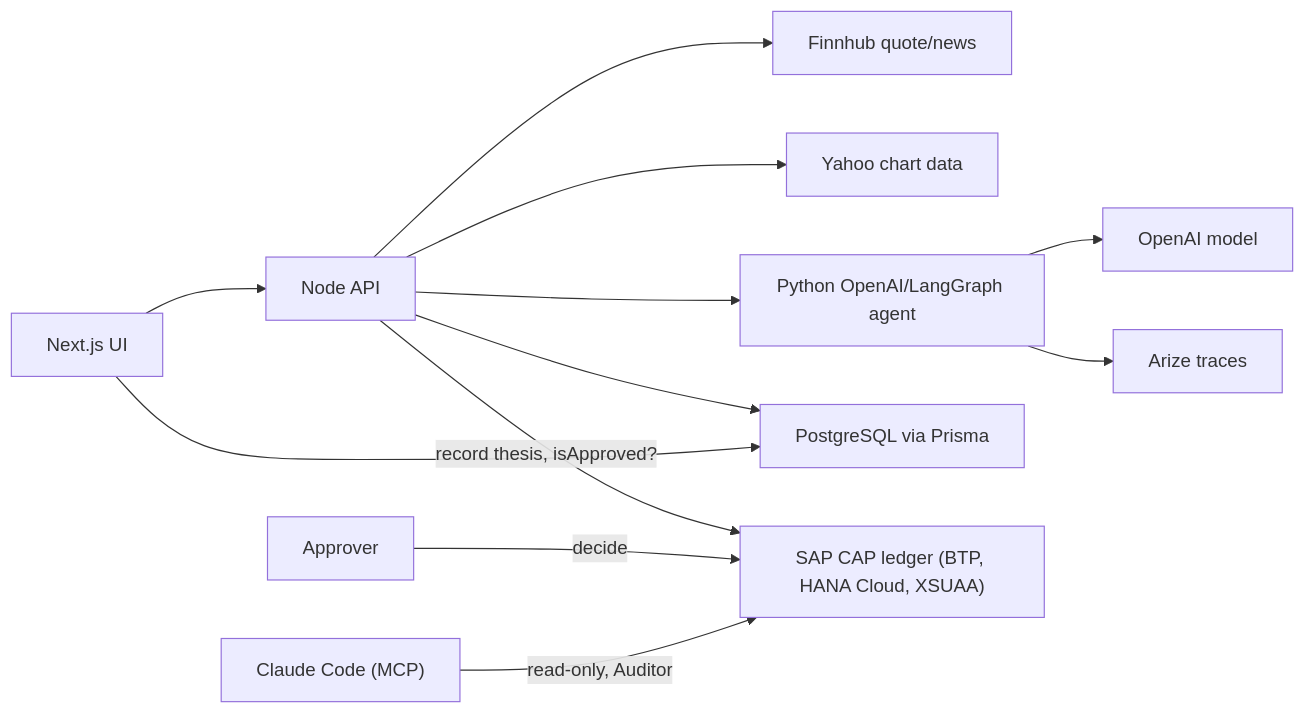
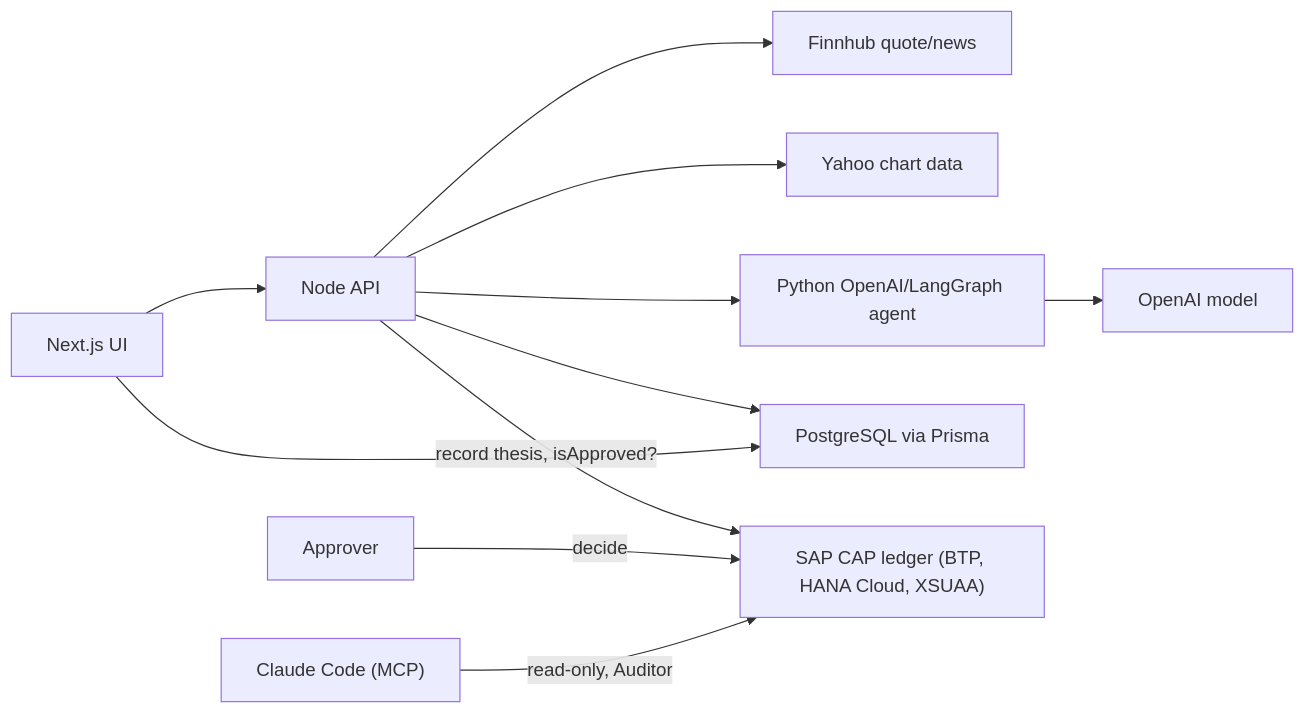
Before and after one commit to mastroevan/shadow-trader: the diagram in README.md, drawn with Mermaid. The commit also changed other lines of this file and 9 other files, not shown here.

````diff
--- a/README.md
+++ b/README.md
@@ -28,14 +23,13 @@
 ```mermaid
 flowchart LR
   UI["Next.js UI"] --> API["Node API"]
   API --> Finnhub["Finnhub quote/news"]
   API --> Yahoo["Yahoo chart data"]
   API --> Agent["Python OpenAI/LangGraph agent"]
   Agent --> OpenAI["OpenAI model"]
-  Agent --> Arize["Arize traces"]
   API --> Postgres["PostgreSQL via Prisma"]
   UI --> Postgres
   API -- "record thesis, isApproved?" --> Ledger["SAP CAP ledger (BTP, HANA Cloud, XSUAA)"]
   Human["Approver"] -- decide --> Ledger
   Assistant["Claude Code (MCP)"] -- "read-only, Auditor" --> Ledger
 ```
````
